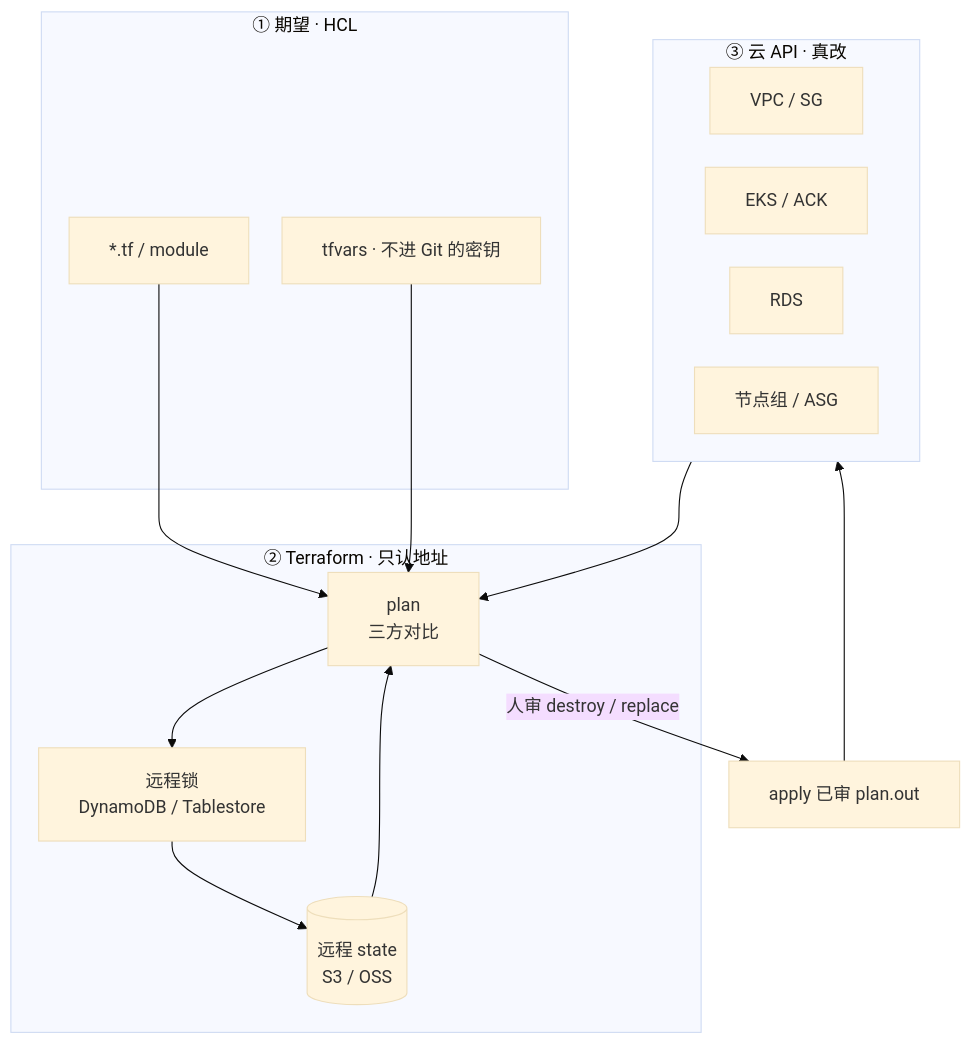
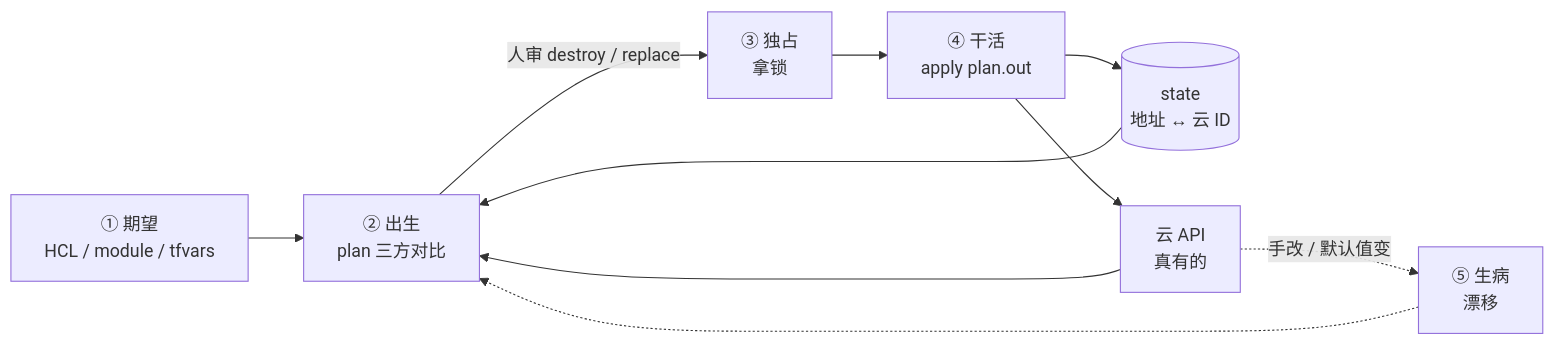
One commit to ml-cuizijun/LearnToLilith changed the first of 7 diagrams in 04-工程化与自动化/07-Terraform/知识点.md. Above: the diagram before and after it, drawn with Mermaid. The commit also changed other lines of this file and 178 other files, not shown here.

````diff
--- a/04-工程化与自动化/07-Terraform/知识点.md
+++ b/04-工程化与自动化/07-Terraform/知识点.md
@@ -102,36 +14,12 @@
 ```mermaid
-%%{init: {"flowchart": {"padding": 18, "nodeSpacing": 30, "rankSpacing": 50}, "theme": "base"}}%%
-flowchart TB
-    subgraph desired ["① 期望 · HCL"]
-        hcl[*.tf / module]
-        vars[tfvars · 不进 Git 的密钥]
-    end
-
-    subgraph engine ["② Terraform · 只认地址"]
-        plan["plan<br/>三方对比"]
-        lock["远程锁<br/>DynamoDB / Tablestore"]
-        st[("远程 state<br/>S3 / OSS")]
-        plan --> lock
-        lock --> st
-    end
-
-    subgraph cloud ["③ 云 API · 真改"]
-        vpc[VPC / SG]
-        k8s[EKS / ACK]
-        rds[RDS]
-        asg[节点组 / ASG]
-    end
-
-    hcl --> plan
-    vars --> plan
-    st --> plan
-    cloud --> plan
-    plan -->|"人审 destroy / replace"| apply[apply 已审 plan.out]
-    apply --> cloud
-
-    class hcl,vars hcl
-    class plan,lock,st tf
-    class vpc,k8s,rds,asg cloudN
-    class apply ok
-
+flowchart LR
+    HCL["① 期望<br/>HCL / module / tfvars"] --> PLAN["② 出生<br/>plan 三方对比"]
+    ST[("state<br/>地址 ↔ 云 ID")] --> PLAN
+    CLOUD["云 API<br/>真有的"] --> PLAN
+    PLAN -->|"人审 destroy / replace"| LOCK["③ 独占<br/>拿锁"]
+    LOCK --> APPLY["④ 干活<br/>apply plan.out"]
+    APPLY --> CLOUD
+    APPLY --> ST
+    CLOUD -.->|手改 / 默认值变| DRIFT["⑤ 生病<br/>漂移"]
+    DRIFT -.-> PLAN
 ```
````
